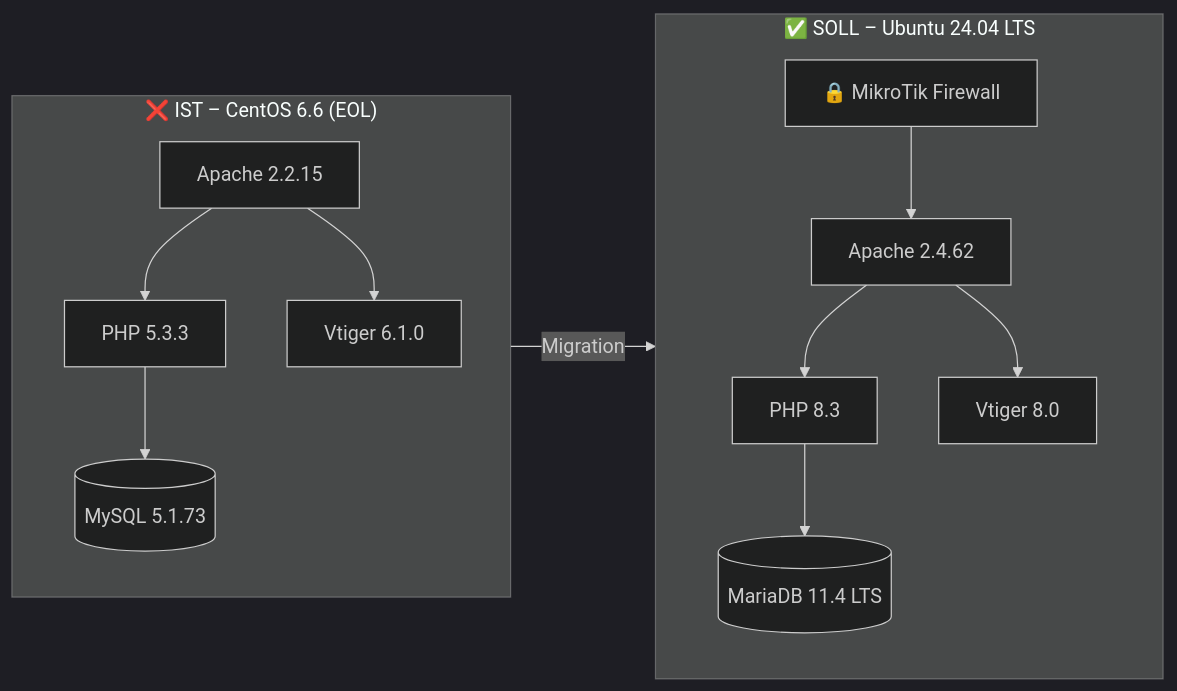
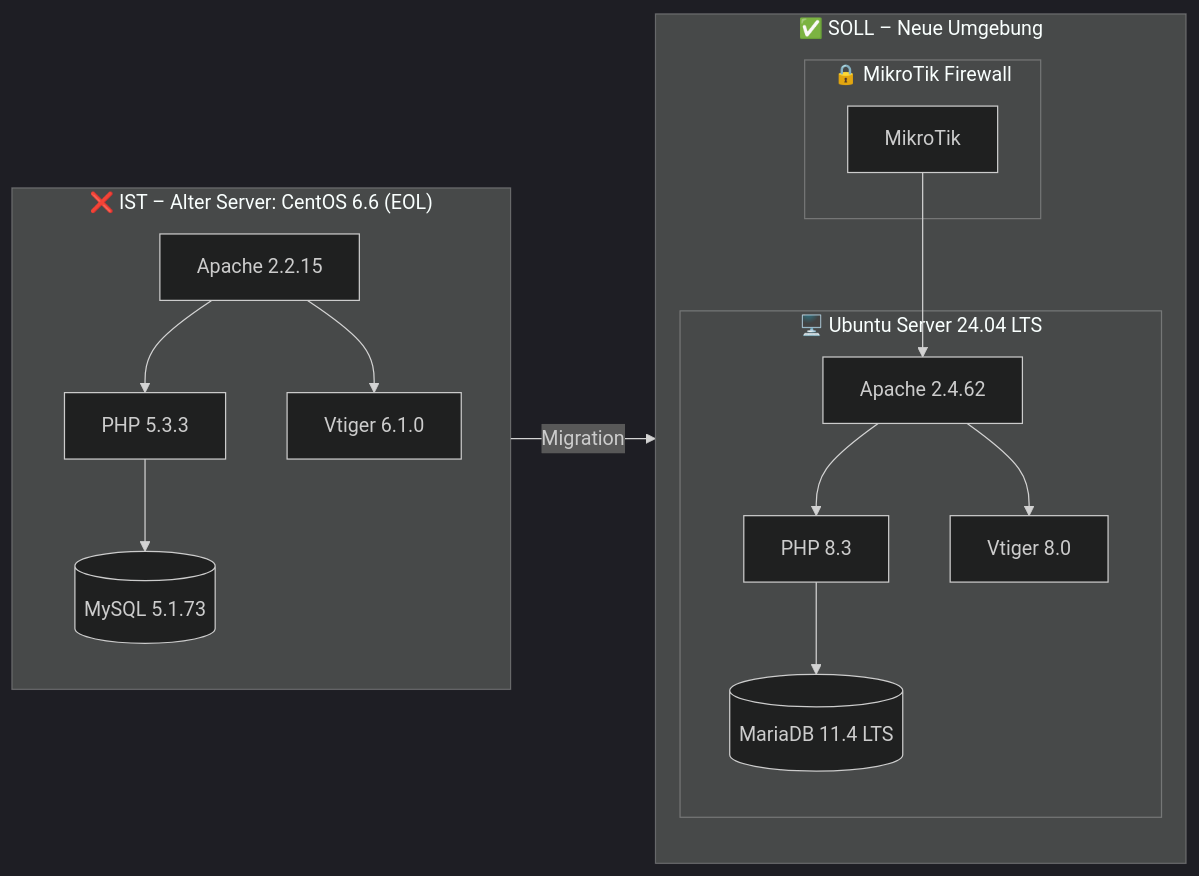
One commit to TBZ-Rob/M158-LB2 changed the first of 2 diagrams in README.md. Above: the diagram before and after it, drawn with Mermaid (dark theme).

````diff
--- a/README.md
+++ b/README.md
@@ -15,24 +15,31 @@
 ```mermaid
 flowchart LR
-    subgraph IST["❌ IST – CentOS 6.6 (EOL)"]
+    subgraph IST["❌ IST – Alter Server: CentOS 6.6 (EOL)"]
         A1[Apache 2.2.15]
         P1[PHP 5.3.3]
         D1[(MySQL 5.1.73)]
         V1[Vtiger 6.1.0]
         A1 --> P1 --> D1
         A1 --> V1
     end
 
-    subgraph SOLL["✅ SOLL – Ubuntu 24.04 LTS"]
-        A2[Apache 2.4.62]
-        P2[PHP 8.3]
-        D2[(MariaDB 11.4 LTS)]
-        V2[Vtiger 8.0]
-        FW[🔒 MikroTik Firewall]
-        FW --> A2
-        A2 --> P2 --> D2
-        A2 --> V2
+    subgraph SOLL["✅ SOLL – Neue Umgebung"]
+        
+        subgraph FW["🔒 MikroTik Firewall"]
+            FW1[MikroTik]
+        end
+
+        subgraph UBUNTU["🖥️ Ubuntu Server 24.04 LTS"]
+            A2[Apache 2.4.62]
+            P2[PHP 8.3]
+            D2[(MariaDB 11.4 LTS)]
+            V2[Vtiger 8.0]
+            A2 --> P2 --> D2
+            A2 --> V2
+        end
+
+        FW1 --> A2
     end
 
     IST -- Migration --> SOLL
 ```
````
